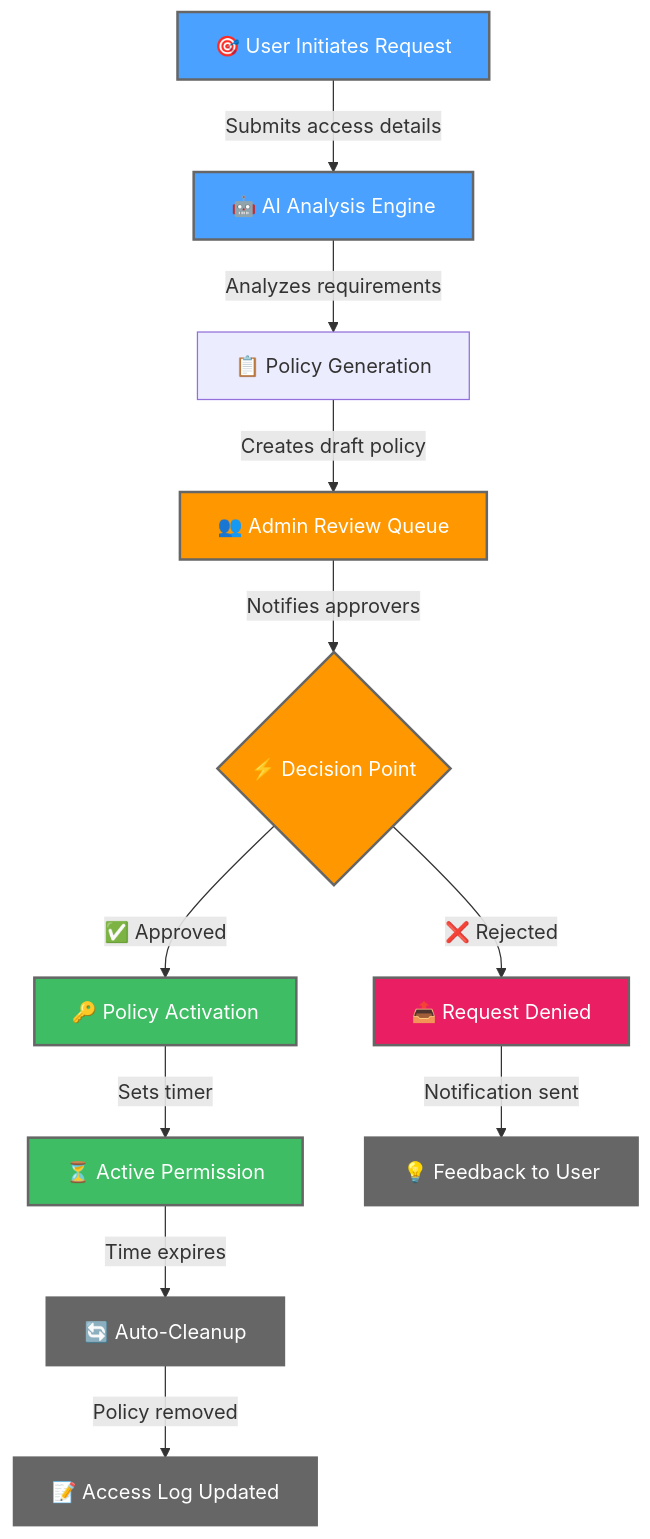
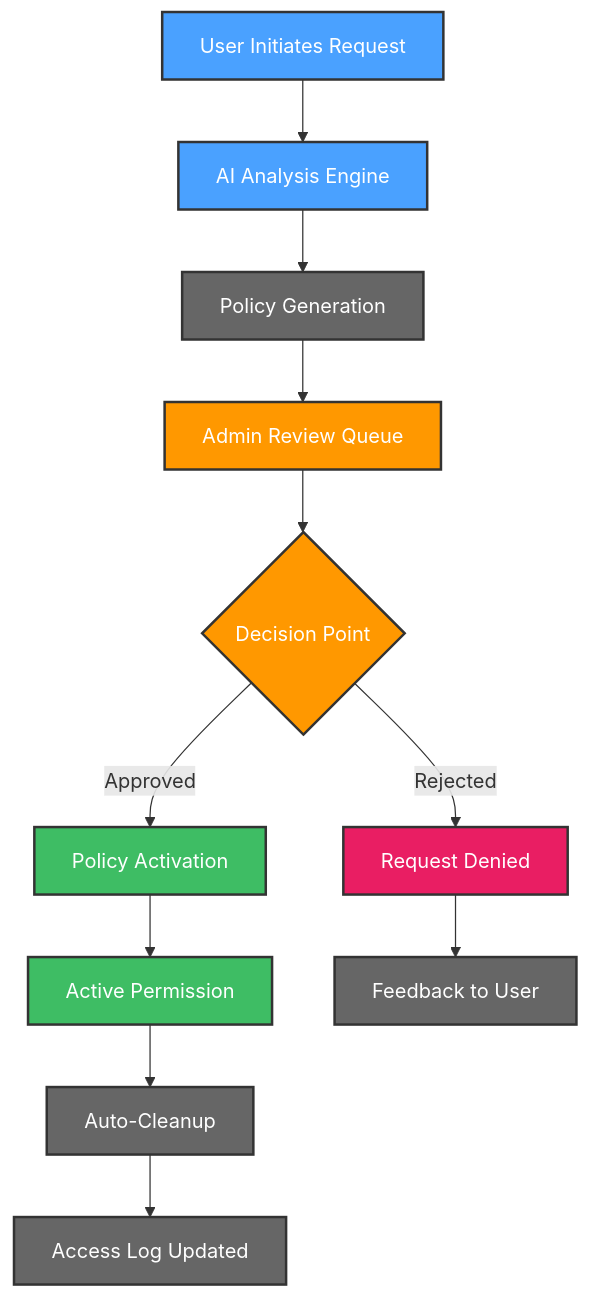
The first of 2 diagrams in jit-permissions-guardians/README.md (kubiyabot/terraform-modules), drawn with Mermaid before and after one commit. The commit also changed other lines of this file, not shown here.

````diff
--- a/jit-permissions-guardians/README.md
+++ b/jit-permissions-guardians/README.md
@@ -23,25 +24,25 @@
 ```mermaid
-graph TD
-    A[🎯 User Initiates Request] -->|Submits access details| B[🤖 AI Analysis Engine]
-    B -->|Analyzes requirements| C[📋 Policy Generation]
-    C -->|Creates draft policy| D[👥 Admin Review Queue]
-    D -->|Notifies approvers| E{⚡ Decision Point}
-    E -->|✅ Approved| F[🔑 Policy Activation]
-    E -->|❌ Rejected| G[📤 Request Denied]
-    F -->|Sets timer| H[⏳ Active Permission]
-    H -->|Time expires| I[🔄 Auto-Cleanup]
-    G -->|Notification sent| J[💡 Feedback to User]
-    I -->|Policy removed| K[📝 Access Log Updated]
-    
-    classDef primary fill:#4aa1ff,stroke:#666,stroke-width:2px,color:#fff
-    classDef success fill:#3ebd64,stroke:#666,stroke-width:2px,color:#fff
-    classDef warning fill:#ff9800,stroke:#666,stroke-width:2px,color:#fff
-    classDef danger fill:#e91e63,stroke:#666,stroke-width:2px,color:#fff
-    classDef info fill:#666666,stroke:#666,stroke-width:2px,color:#fff
-    
-    class A,B primary
-    class F,H success
-    class E,D warning
-    class G danger
-    class I,J,K info
+flowchart TD
+    A["User Initiates Request"] --> B["AI Analysis Engine"]
+    B --> C["Policy Generation"]
+    C --> D["Admin Review Queue"]
+    D --> E{"Decision Point"}
+    E -->|Approved| F["Policy Activation"]
+    E -->|Rejected| G["Request Denied"]
+    F --> H["Active Permission"]
+    H --> I["Auto-Cleanup"]
+    G --> J["Feedback to User"]
+    I --> K["Access Log Updated"]
+
+    style A fill:#4aa1ff,stroke:#333,stroke-width:2px,color:#fff
+    style B fill:#4aa1ff,stroke:#333,stroke-width:2px,color:#fff
+    style C fill:#666666,stroke:#333,stroke-width:2px,color:#fff
+    style D fill:#ff9800,stroke:#333,stroke-width:2px,color:#fff
+    style E fill:#ff9800,stroke:#333,stroke-width:2px,color:#fff
+    style F fill:#3ebd64,stroke:#333,stroke-width:2px,color:#fff
+    style G fill:#e91e63,stroke:#333,stroke-width:2px,color:#fff
+    style H fill:#3ebd64,stroke:#333,stroke-width:2px,color:#fff
+    style I fill:#666666,stroke:#333,stroke-width:2px,color:#fff
+    style J fill:#666666,stroke:#333,stroke-width:2px,color:#fff
+    style K fill:#666666,stroke:#333,stroke-width:2px,color:#fff
 ```
````
